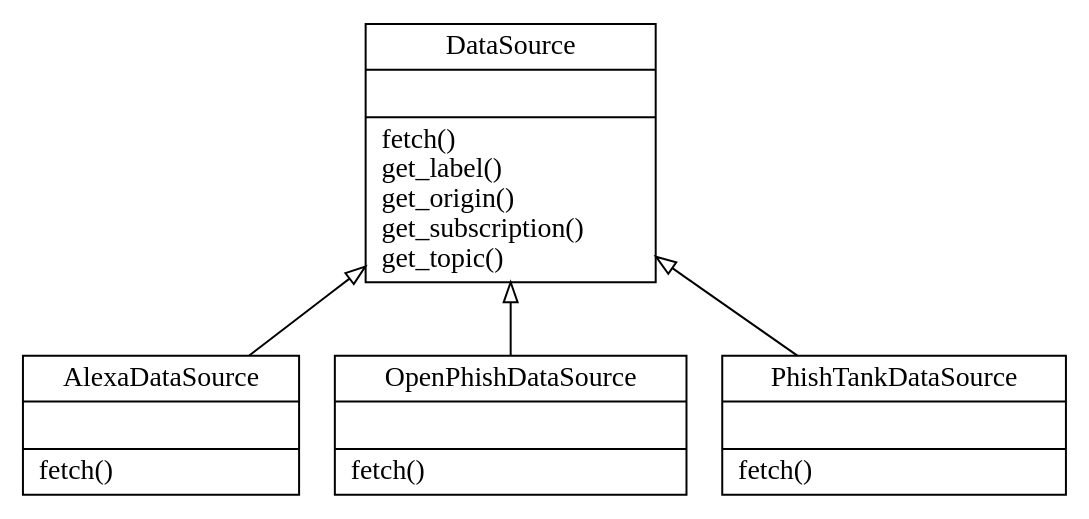
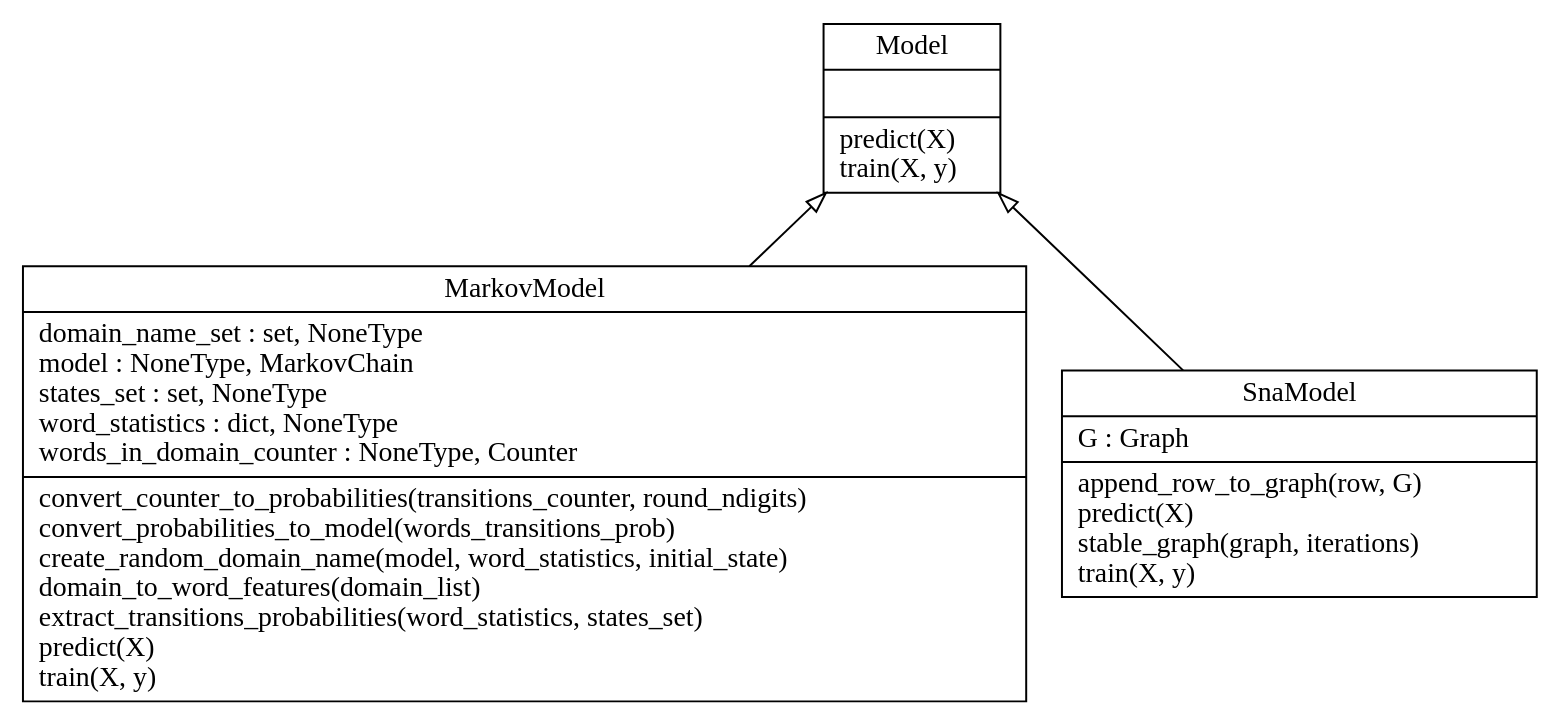
The diagram in classes.dot (eyalsus/domain-classifier), drawn with Graphviz before and after one commit. The commit also changed 8 other files, not shown here.

Commit message:
SNA Model Class

```diff
--- a/classes.dot
+++ b/classes.dot
@@ -1,11 +1,9 @@
 digraph "classes" {
 charset="utf-8"
 rankdir=BT
-"0" [label="{AlexaDataSource|\l|fetch()\l}", shape="record"];
-"1" [label="{DataSource|\l|fetch()\lget_label()\lget_origin()\lget_subscription()\lget_topic()\l}", shape="record"];
-"2" [label="{OpenPhishDataSource|\l|fetch()\l}", shape="record"];
-"3" [label="{PhishTankDataSource|\l|fetch()\l}", shape="record"];
+"0" [label="{MarkovModel|domain_name_set : set, NoneType\lmodel : NoneType, MarkovChain\lstates_set : set, NoneType\lword_statistics : dict, NoneType\lwords_in_domain_counter : NoneType, Counter\l|convert_counter_to_probabilities(transitions_counter, round_ndigits)\lconvert_probabilities_to_model(words_transitions_prob)\lcreate_random_domain_name(model, word_statistics, initial_state)\ldomain_to_word_features(domain_list)\lextract_transitions_probabilities(word_statistics, states_set)\lpredict(X)\ltrain(X, y)\l}", shape="record"];
+"1" [label="{Model|\l|predict(X)\ltrain(X, y)\l}", shape="record"];
+"2" [label="{SnaModel|G : Graph\l|append_row_to_graph(row, G)\lpredict(X)\lstable_graph(graph, iterations)\ltrain(X, y)\l}", shape="record"];
 "0" -> "1" [arrowhead="empty", arrowtail="none"];
 "2" -> "1" [arrowhead="empty", arrowtail="none"];
-"3" -> "1" [arrowhead="empty", arrowtail="none"];
 }
```
